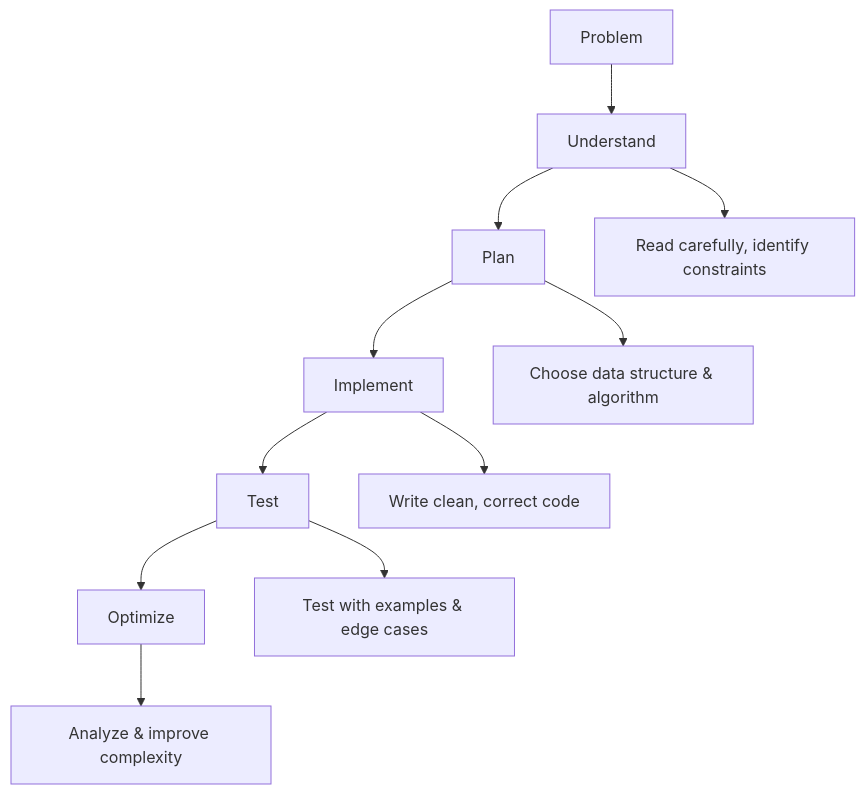
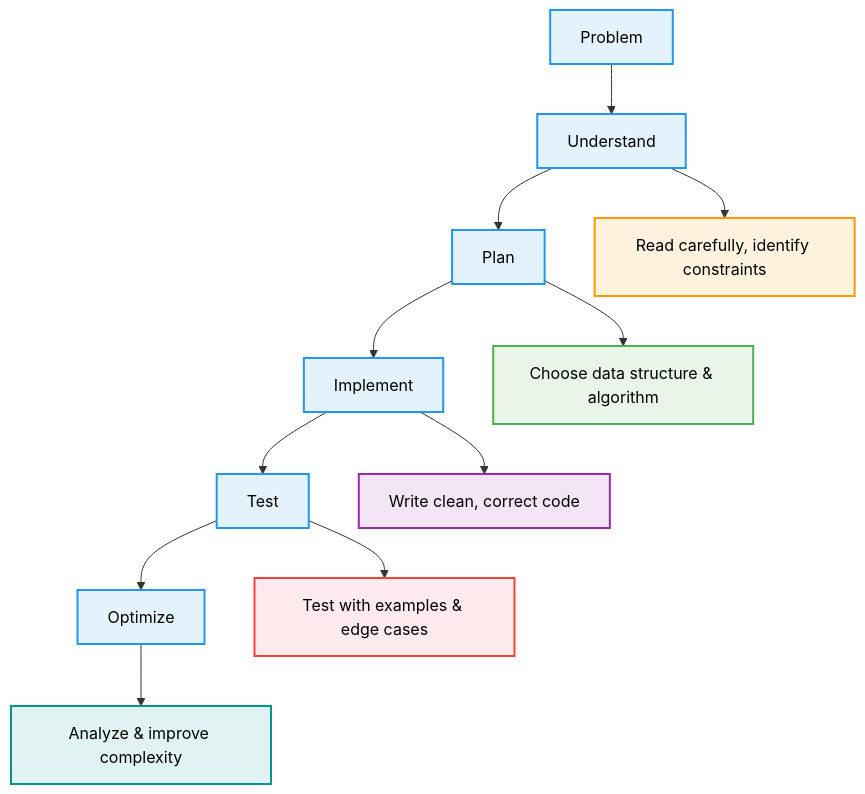
The seventh of 8 diagrams in concepts/fundamentals.md (AbhishekGiri04/CodeVault), drawn with Mermaid before and after one commit. The commit also changed other lines of this file, not shown here.

Commit message:
Fix Algorithm Categories Mermaid diagram syntax

````diff
--- a/concepts/fundamentals.md
+++ b/concepts/fundamentals.md
@@ -578,14 +408,28 @@
 ```mermaid
-graph TD
-    A[Problem] --> B[Understand]
-    B --> C[Plan]
-    C --> D[Implement]
-    D --> E[Test]
-    E --> F[Optimize]
+flowchart TD
+    A["Problem"] --> B["Understand"]
+    B --> C["Plan"]
+    C --> D["Implement"]
+    D --> E["Test"]
+    E --> F["Optimize"]
     
-    B --> G[Read carefully, identify constraints]
-    C --> H[Choose data structure & algorithm]
-    D --> I[Write clean, correct code]
-    E --> J[Test with examples & edge cases]
-    F --> K[Analyze & improve complexity]
+    B --> G["Read carefully, identify constraints"]
+    C --> H["Choose data structure & algorithm"]
+    D --> I["Write clean, correct code"]
+    E --> J["Test with examples & edge cases"]
+    F --> K["Analyze & improve complexity"]
+    
+    classDef default fill:#f9f9f9,stroke:#333,stroke-width:2px,color:#000
+    classDef step fill:#e3f2fd,stroke:#2196f3,stroke-width:2px,color:#000
+    classDef understand fill:#fff3e0,stroke:#ff9800,stroke-width:2px,color:#000
+    classDef plan fill:#e8f5e8,stroke:#4caf50,stroke-width:2px,color:#000
+    classDef implement fill:#f3e5f5,stroke:#9c27b0,stroke-width:2px,color:#000
+    classDef test fill:#ffebee,stroke:#f44336,stroke-width:2px,color:#000
+    classDef optimize fill:#e0f2f1,stroke:#009688,stroke-width:2px,color:#000
+    class A,B,C,D,E,F step
+    class G understand
+    class H plan
+    class I implement
+    class J test
+    class K optimize
 ```
````
